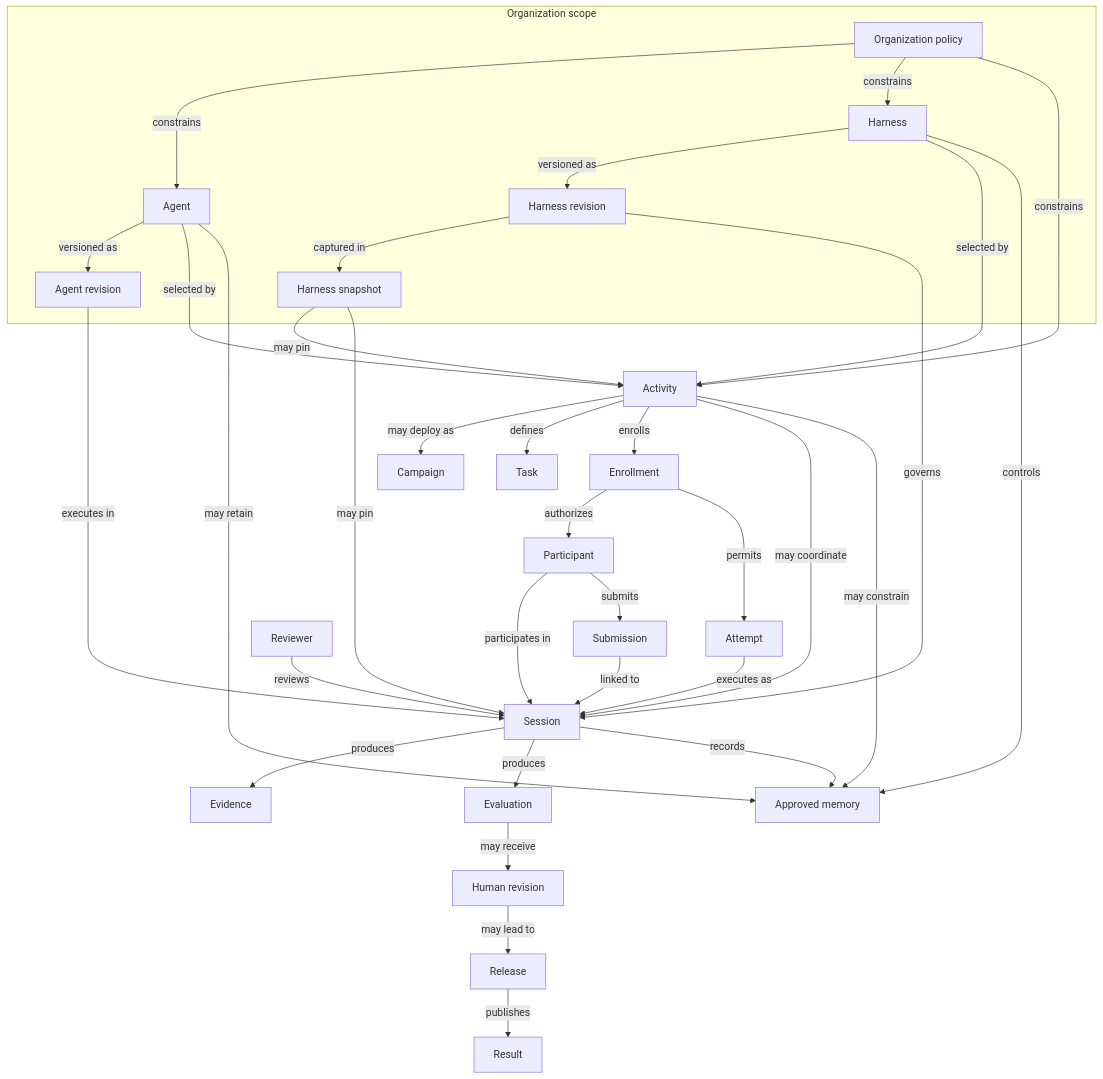
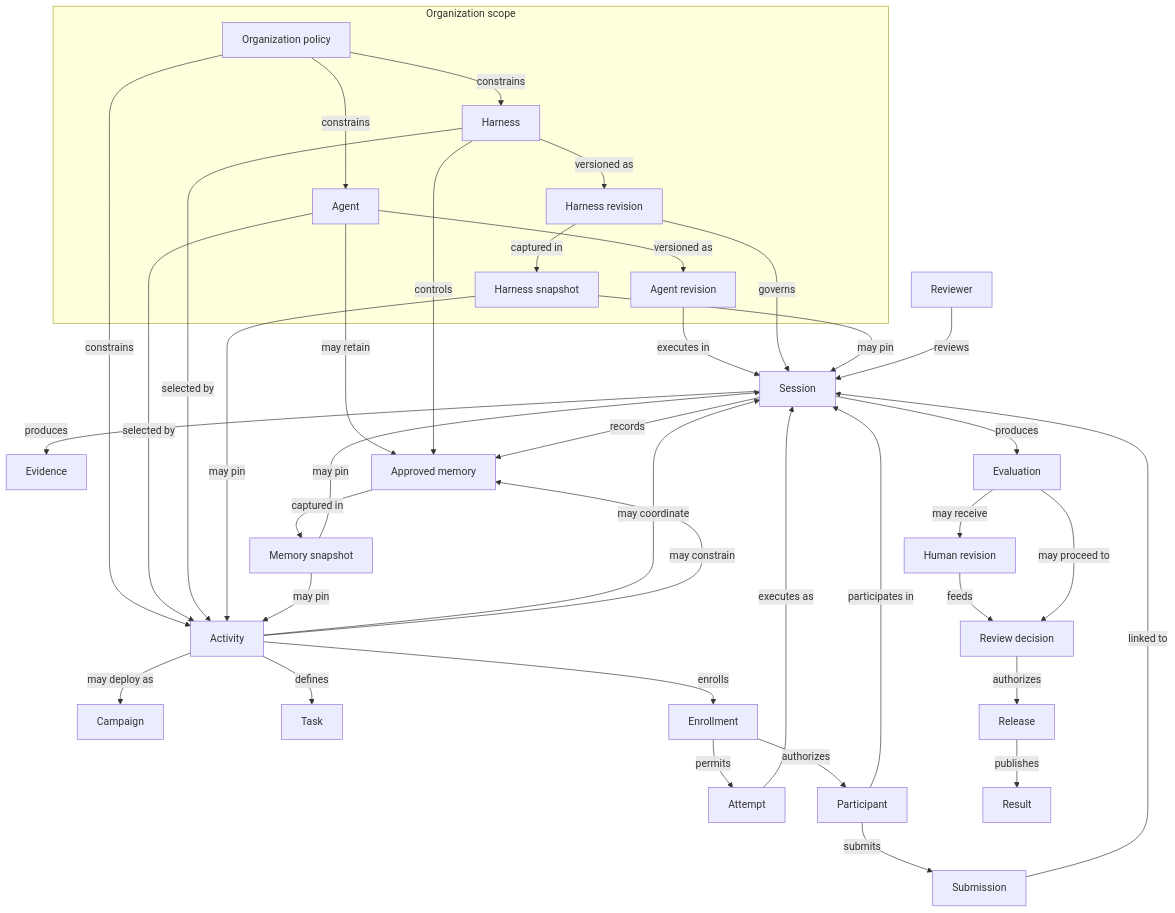
One commit to trannamtrung1st/flex-agent changed the diagram in docs/product/concept-model.md. Above: the diagram before and after it, drawn with Mermaid. The commit also changed other lines of this file and 12 other files, not shown here.

````diff
--- a/docs/product/concept-model.md
+++ b/docs/product/concept-model.md
@@ -319,60 +330,67 @@
 ```mermaid
 flowchart TB
   subgraph orgScope [Organization scope]
     OrgPolicy[Organization policy]
     Agent[Agent]
     AgentRevision[Agent revision]
     Harness[Harness]
     HarnessRevision[Harness revision]
     HarnessSnapshot[Harness snapshot]
   end
 
   Activity[Activity]
   Campaign[Campaign]
   Task[Task]
   Enrollment[Enrollment]
   Attempt[Attempt]
   Session[Session]
   Submission[Submission]
   Participant[Participant]
   Reviewer[Reviewer]
   Evidence[Evidence]
   Evaluation[Evaluation]
   HumanRevision[Human revision]
+  ReviewDecision[Review decision]
   Result[Result]
   Release[Release]
   ApprovedMemory[Approved memory]
+  MemorySnapshot[Memory snapshot]
 
   OrgPolicy -->|"constrains"| Agent
   OrgPolicy -->|"constrains"| Harness
   OrgPolicy -->|"constrains"| Activity
   Agent -->|"versioned as"| AgentRevision
   Harness -->|"versioned as"| HarnessRevision
   HarnessRevision -->|"captured in"| HarnessSnapshot
   Agent -->|"selected by"| Activity
   Harness -->|"selected by"| Activity
   HarnessSnapshot -->|"may pin"| Activity
+  MemorySnapshot -->|"may pin"| Activity
   Activity -->|"may deploy as"| Campaign
   Activity -->|"defines"| Task
   Activity -->|"enrolls"| Enrollment
   Enrollment -->|"authorizes"| Participant
   Enrollment -->|"permits"| Attempt
   Attempt -->|"executes as"| Session
   Activity -->|"may coordinate"| Session
   AgentRevision -->|"executes in"| Session
   HarnessRevision -->|"governs"| Session
   HarnessSnapshot -->|"may pin"| Session
+  MemorySnapshot -->|"may pin"| Session
   Participant -->|"participates in"| Session
   Participant -->|"submits"| Submission
   Submission -->|"linked to"| Session
   Reviewer -->|"reviews"| Session
   Session -->|"produces"| Evidence
   Session -->|"produces"| Evaluation
   Evaluation -->|"may receive"| HumanRevision
-  HumanRevision -->|"may lead to"| Release
+  HumanRevision -->|"feeds"| ReviewDecision
+  Evaluation -->|"may proceed to"| ReviewDecision
+  ReviewDecision -->|"authorizes"| Release
   Release -->|"publishes"| Result
+  ApprovedMemory -->|"captured in"| MemorySnapshot
   Agent -->|"may retain"| ApprovedMemory
   Harness -->|"controls"| ApprovedMemory
   Activity -->|"may constrain"| ApprovedMemory
   Session -->|"records"| ApprovedMemory
 ```
````
